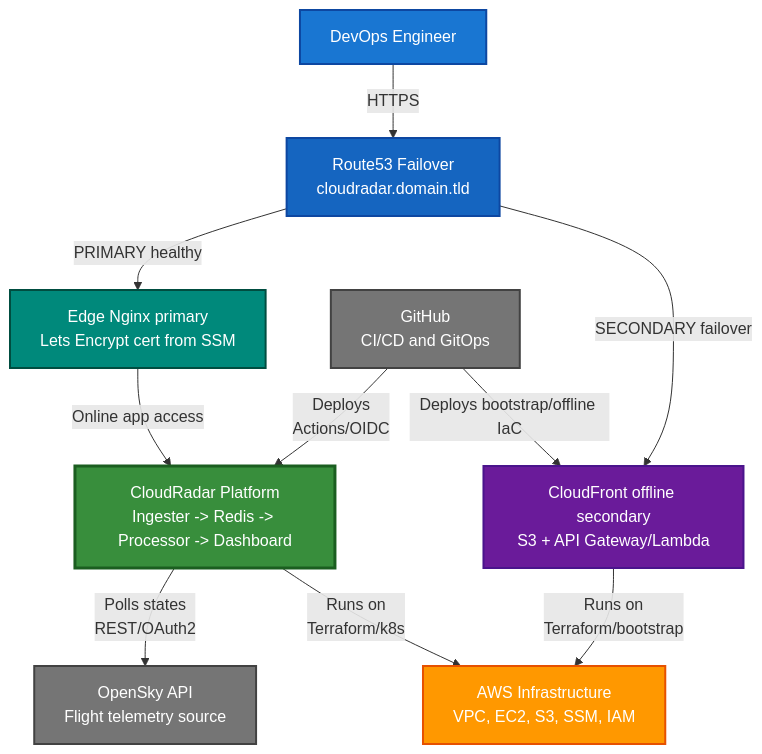
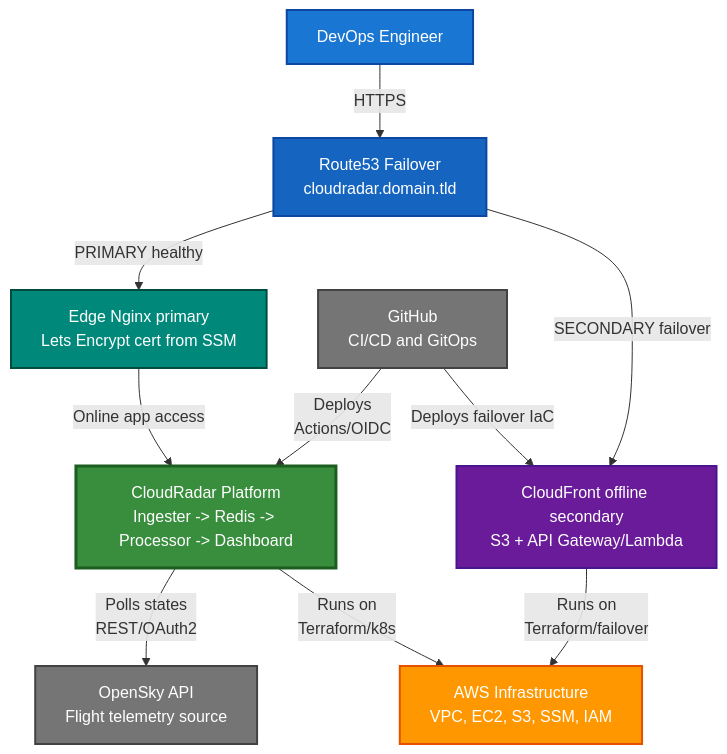
Before and after one commit to ClementV78/CloudRadar: the first of 10 diagrams in docs/architecture/technical-architecture-summary.md, drawn with Mermaid. The commit also changed 27 other files, not shown here.

First line of the commit message:
feat(infra): split offline failover from bootstrap

````diff
--- a/docs/architecture/technical-architecture-summary.md
+++ b/docs/architecture/technical-architecture-summary.md
@@ -55,31 +55,31 @@
 ```mermaid
 graph TB
     USER[DevOps Engineer]
     R53[Route53 Failover<br/>cloudradar.domain.tld]
     EDGE[Edge Nginx primary<br/>Lets Encrypt cert from SSM]
     OFFLINE[CloudFront offline secondary<br/>S3 + API Gateway/Lambda]
     CORE[CloudRadar Platform<br/>Ingester -> Redis -> Processor -> Dashboard]
     
     OPENSKY[OpenSky API<br/>Flight telemetry source]
     GITHUB[GitHub<br/>CI/CD and GitOps]
     AWS[AWS Infrastructure<br/>VPC, EC2, S3, SSM, IAM]
     
     USER -->|HTTPS| R53
     R53 -->|PRIMARY healthy| EDGE
     R53 -->|SECONDARY failover| OFFLINE
     EDGE -->|Online app access| CORE
     CORE -->|Polls states<br/>REST/OAuth2| OPENSKY
     GITHUB -->|Deploys<br/>Actions/OIDC| CORE
-    GITHUB -->|Deploys bootstrap/offline IaC| OFFLINE
+    GITHUB -->|Deploys failover IaC| OFFLINE
     CORE -->|Runs on<br/>Terraform/k8s| AWS
-    OFFLINE -->|Runs on<br/>Terraform/bootstrap| AWS
+    OFFLINE -->|Runs on<br/>Terraform/failover| AWS
     
     style USER fill:#1976d2,stroke:#0d47a1,stroke-width:2px,color:#fff
     style CORE fill:#388e3c,stroke:#1b5e20,stroke-width:3px,color:#fff
     style R53 fill:#1565c0,stroke:#0d47a1,stroke-width:2px,color:#fff
     style EDGE fill:#00897b,stroke:#004d40,stroke-width:2px,color:#fff
     style OFFLINE fill:#6a1b9a,stroke:#4a148c,stroke-width:2px,color:#fff
     style OPENSKY fill:#757575,stroke:#424242,stroke-width:2px,color:#fff
     style GITHUB fill:#757575,stroke:#424242,stroke-width:2px,color:#fff
     style AWS fill:#ff9800,stroke:#e65100,stroke-width:2px,color:#fff
 ```
````
